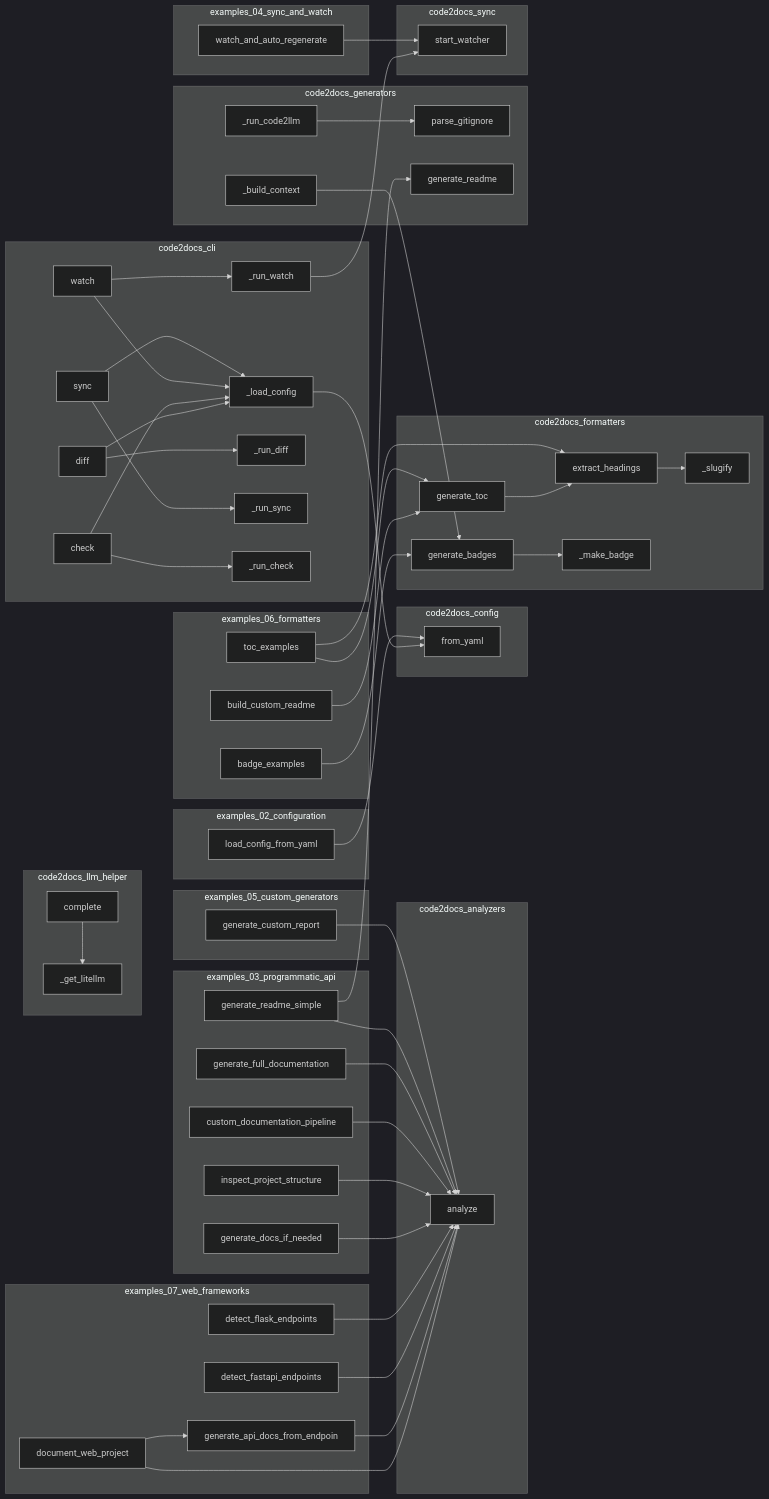
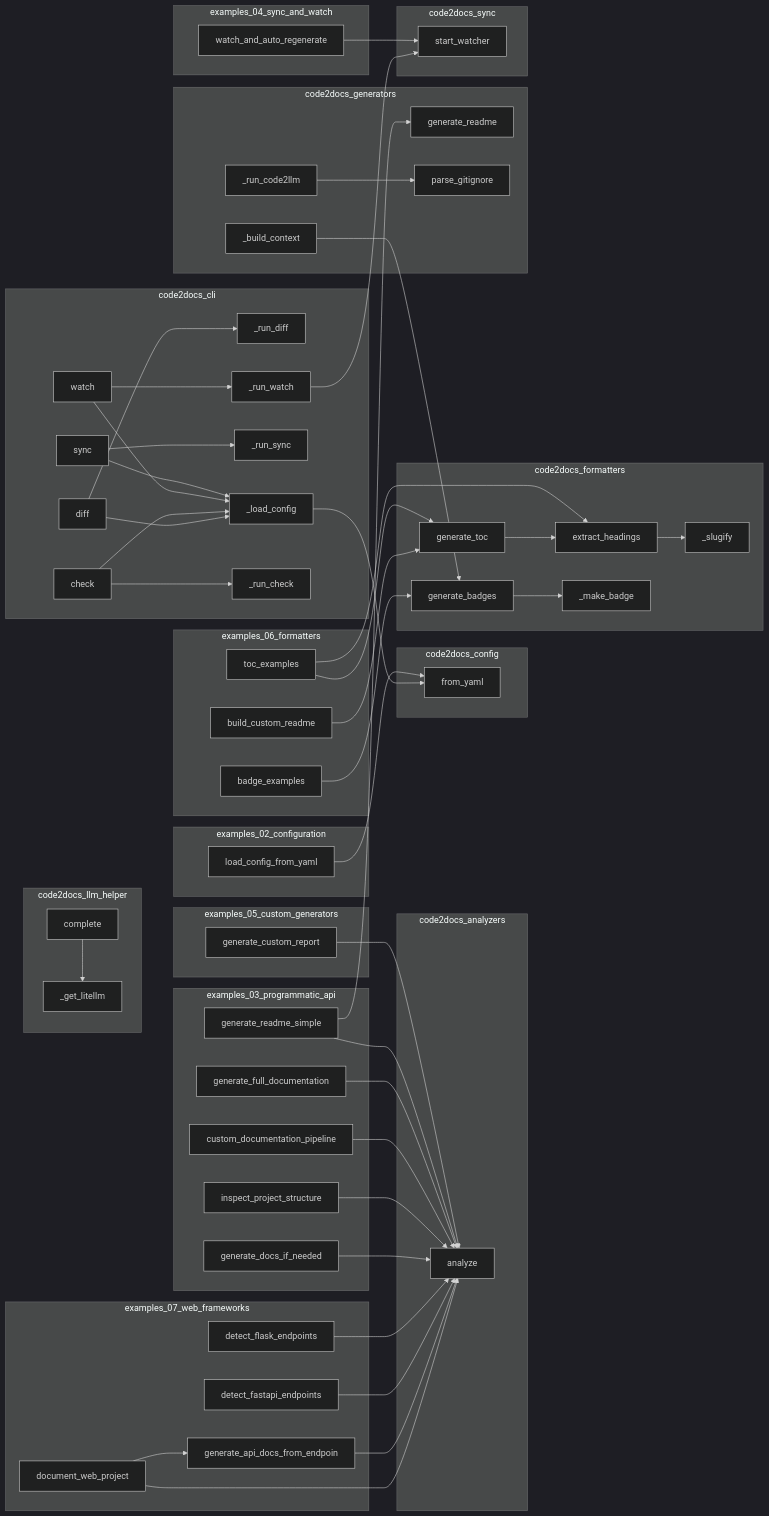
Before and after one commit to semcod/code2docs: the diagram in project/calls.mmd, drawn with Mermaid (dark theme). The commit also changed other lines of this file and 15 other files, not shown here.

```diff
--- a/project/calls.mmd
+++ b/project/calls.mmd
@@ -1,99 +1,99 @@
 flowchart LR
     subgraph code2docs_analyzers
         code2docs__analyze["analyze"]
     end
     subgraph code2docs_cli
+        code2docs__cli___run_diff["_run_diff"]
+        code2docs__cli__watch["watch"]
+        code2docs__cli___load_config["_load_config"]
         code2docs__cli__check["check"]
-        code2docs__cli__watch["watch"]
+        code2docs__cli__sync["sync"]
+        code2docs__cli___run_sync["_run_sync"]
         code2docs__cli__diff["diff"]
         code2docs__cli___run_watch["_run_watch"]
-        code2docs__cli___load_config["_load_config"]
-        code2docs__cli___run_diff["_run_diff"]
-        code2docs__cli___run_sync["_run_sync"]
         code2docs__cli___run_check["_run_check"]
-        code2docs__cli__sync["sync"]
     end
     subgraph code2docs_config
         code2docs__config__Code2DocsConfig__from_yaml["from_yaml"]
     end
     subgraph code2docs_formatters
+        code2docs__formatters__toc__extract_headings["extract_headings"]
+        code2docs__formatters__badges___make_badge["_make_badge"]
+        code2docs__formatters__badges__generate_badges["generate_badges"]
+        code2docs__formatters__toc___slugify["_slugify"]
         code2docs__formatters__toc__generate_toc["generate_toc"]
-        code2docs__formatters__badges__generate_badges["generate_badges"]
-        code2docs__formatters__toc__extract_headings["extract_headings"]
-        code2docs__formatters__toc___slugify["_slugify"]
-        code2docs__formatters__badges___make_badge["_make_badge"]
     end
     subgraph code2docs_generators
-        code2docs__parse_gitignore["parse_gitignore"]
-        code2docs___run_code2llm["_run_code2llm"]
         code2docs__generators__readme_gen__generate_readme["generate_readme"]
         code2docs___build_context["_build_context"]
+        code2docs___run_code2llm["_run_code2llm"]
+        code2docs__parse_gitignore["parse_gitignore"]
     end
     subgraph code2docs_llm_helper
         code2docs__llm_helper__LLMHelper__complete["complete"]
         code2docs__llm_helper___get_litellm["_get_litellm"]
     end
     subgraph code2docs_sync
         code2docs__sync__watcher__start_watcher["start_watcher"]
     end
     subgraph examples_02_configuration
         examples__02_configuration__load_config_from_yaml["load_config_from_yaml"]
     end
     subgraph examples_03_programmatic_api
         examples__generate_docs_if_needed["generate_docs_if_needed"]
+        examples__generate_full_documentation["generate_full_documentation"]
+        examples__custom_documentation_pipeline["custom_documentation_pipeline"]
         examples__inspect_project_structure["inspect_project_structure"]
         examples__generate_readme_simple["generate_readme_simple"]
-        examples__custom_documentation_pipeline["custom_documentation_pipeline"]
-        examples__generate_full_documentation["generate_full_documentation"]
     end
     subgraph examples_04_sync_and_watch
         examples__watch_and_auto_regenerate["watch_and_auto_regenerate"]
     end
     subgraph examples_05_custom_generators
         examples__generate_custom_report["generate_custom_report"]
     end
     subgraph examples_06_formatters
         examples__06_formatters__badge_examples["badge_examples"]
+        examples__06_formatters__toc_examples["toc_examples"]
         examples__06_formatters__build_custom_readme["build_custom_readme"]
-        examples__06_formatters__toc_examples["toc_examples"]
     end
     subgraph examples_07_web_frameworks
         examples__generate_api_docs_from_endpoints["generate_api_docs_from_endpoin"]
+        examples__detect_fastapi_endpoints["detect_fastapi_endpoints"]
         examples__07_web_frameworks__document_web_project["document_web_project"]
-        examples__detect_fastapi_endpoints["detect_fastapi_endpoints"]
         examples__detect_flask_endpoints["detect_flask_endpoints"]
     end
     code2docs__llm_helper__LLMHelper__complete --> code2docs__llm_helper___get_litellm
     examples__watch_and_auto_regenerate --> code2docs__sync__watcher__start_watcher
     examples__generate_custom_report --> code2docs__analyze
     examples__06_formatters__badge_examples --> code2docs__formatters__badges__generate_badges
     examples__06_formatters__toc_examples --> code2docs__formatters__toc__generate_toc
     examples__06_formatters__toc_examples --> code2docs__formatters__toc__extract_headings
     examples__06_formatters__build_custom_readme --> code2docs__formatters__toc__generate_toc
     examples__generate_readme_simple --> code2docs__analyze
     examples__generate_readme_simple --> code2docs__generators__readme_gen__generate_readme
     examples__generate_full_documentation --> code2docs__analyze
     examples__custom_documentation_pipeline --> code2docs__analyze
     examples__inspect_project_structure --> code2docs__analyze
     examples__generate_docs_if_needed --> code2docs__analyze
     examples__detect_flask_endpoints --> code2docs__analyze
     examples__detect_fastapi_endpoints --> code2docs__analyze
     examples__generate_api_docs_from_endpoints --> code2docs__analyze
     examples__07_web_frameworks__document_web_project --> code2docs__analyze
     examples__07_web_frameworks__document_web_project --> examples__generate_api_docs_from_endpoints
     examples__02_configuration__load_config_from_yaml --> code2docs__config__Code2DocsConfig__from_yaml
     code2docs__formatters__badges__generate_badges --> code2docs__formatters__badges___make_badge
     code2docs__formatters__toc__generate_toc --> code2docs__formatters__toc__extract_headings
     code2docs__formatters__toc__extract_headings --> code2docs__formatters__toc___slugify
     code2docs___run_code2llm --> code2docs__parse_gitignore
     code2docs___build_context --> code2docs__formatters__badges__generate_badges
     code2docs__cli__sync --> code2docs__cli___load_config
     code2docs__cli__sync --> code2docs__cli___run_sync
     code2docs__cli__watch --> code2docs__cli___load_config
     code2docs__cli__watch --> code2docs__cli___run_watch
     code2docs__cli__check --> code2docs__cli___load_config
     code2docs__cli__check --> code2docs__cli___run_check
     code2docs__cli__diff --> code2docs__cli___load_config
     code2docs__cli__diff --> code2docs__cli___run_diff
     code2docs__cli___load_config --> code2docs__config__Code2DocsConfig__from_yaml
     code2docs__cli___run_watch --> code2docs__sync__watcher__start_watcher
```
